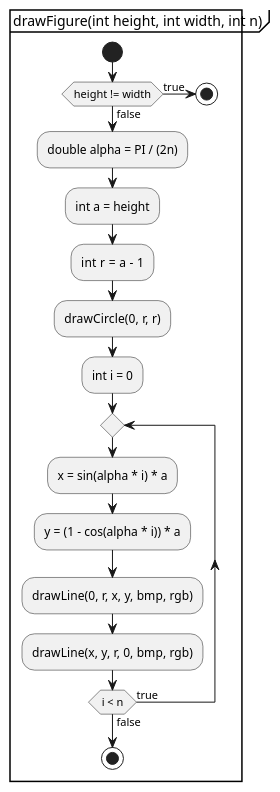
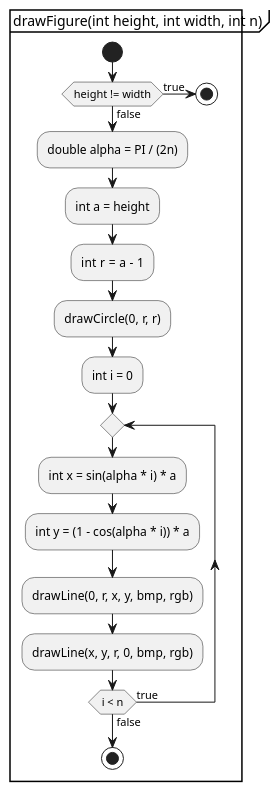
One commit to lasse-herzog/bitmap-generator changed the diagram in docs/drawFigure.puml. Above: the diagram before and after it, drawn with PlantUML.

Commit message:
Update drawFigure.puml
Added type to x and y for consistency

```diff
--- a/docs/drawFigure.puml
+++ b/docs/drawFigure.puml
@@ -1,24 +1,24 @@
 @startuml
 'https://plantuml.com/activity-diagram-beta
 group drawFigure(int height, int width, int n)
 start
 
 if (height != width) then (true)
   stop
 else (false)
   :double alpha = PI / (2n);
   :int a = height;
   :int r  = a - 1;
   :drawCircle(0, r, r);
   :int i = 0;
 
   repeat
-  :x = sin(alpha * i) * a;
-  :y = (1 - cos(alpha * i)) * a;
+  :int x = sin(alpha * i) * a;
+  :int y = (1 - cos(alpha * i)) * a;
   :drawLine(0, r, x, y, bmp, rgb);
   :drawLine(x, y, r, 0, bmp, rgb);
   repeat while (i < n) is (true) not (false)
 endif
 
 stop
 @enduml
```
